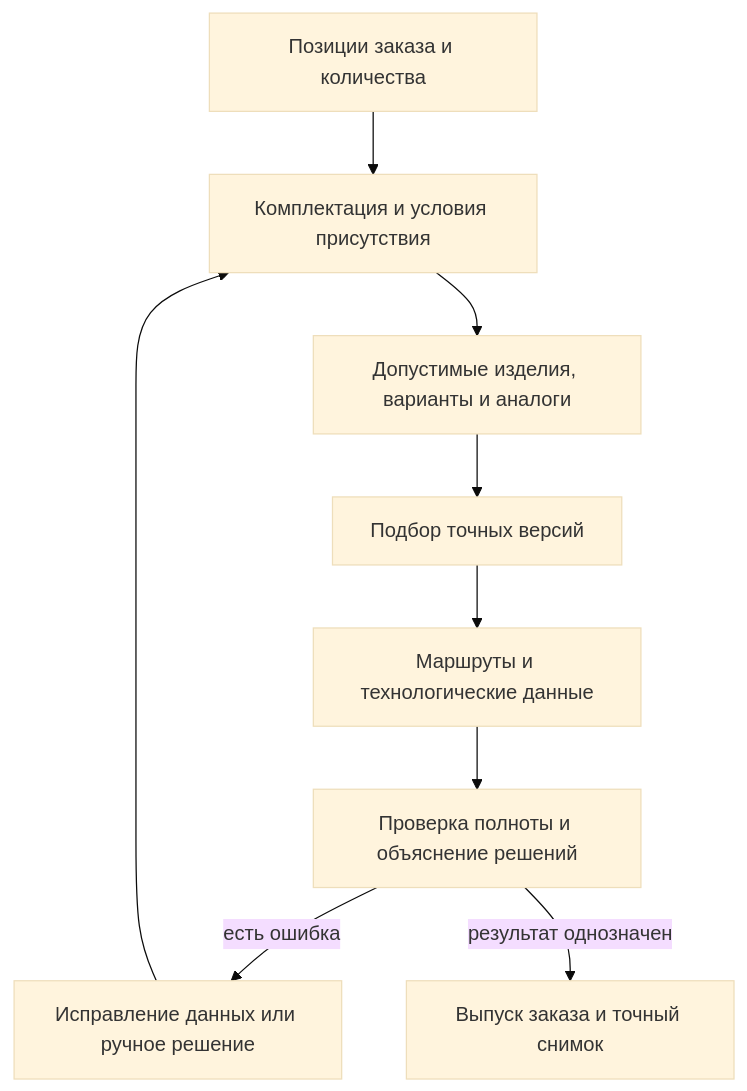
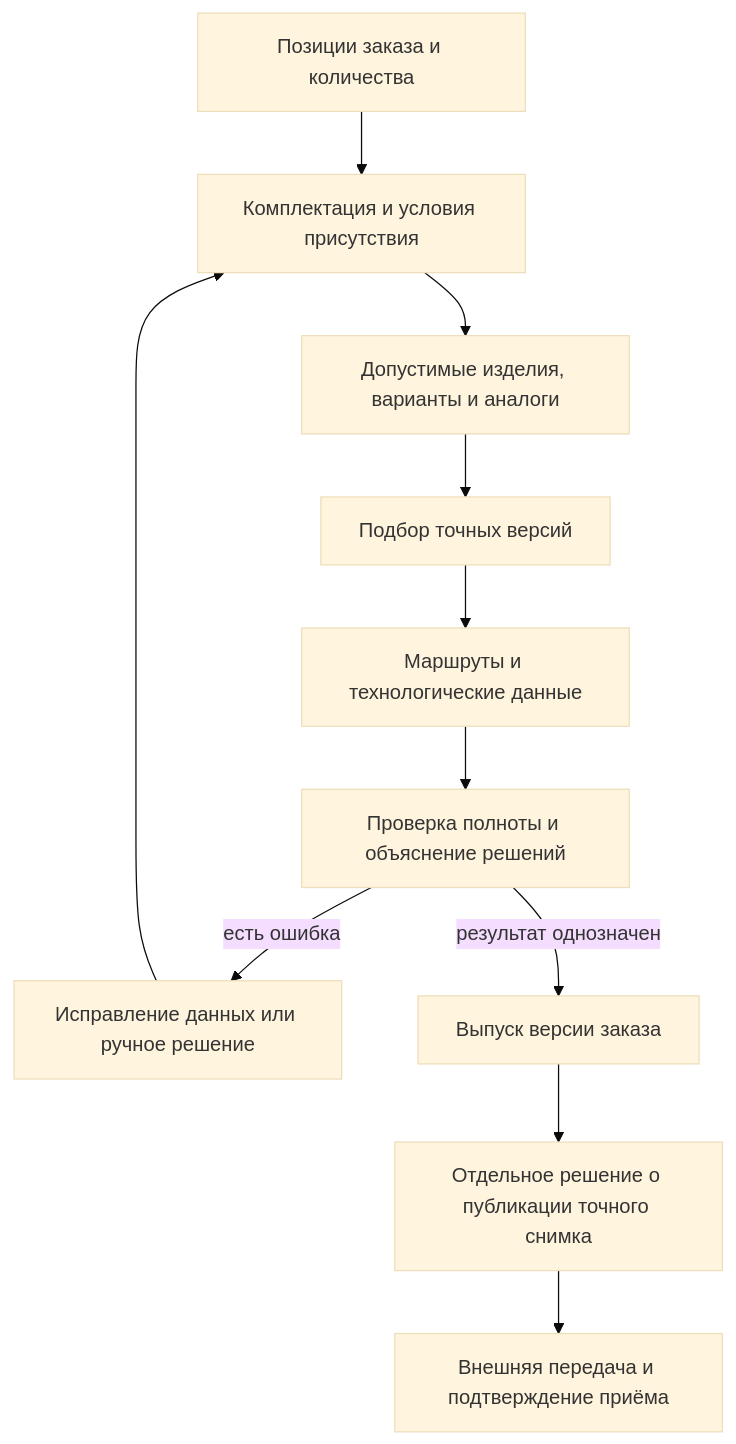
Before and after one commit to ZelAnton/Interlink-product-book: the diagram in wiki/Order-production-composition.md, drawn with Mermaid (base theme). The commit also changed other lines of this file and 67 other files, not shown here.

````diff
--- a/wiki/Order-production-composition.md
+++ b/wiki/Order-production-composition.md
@@ -9,11 +9,13 @@
 ```mermaid
 flowchart TD
     A["Позиции заказа и количества"] --> B["Комплектация и условия присутствия"]
     B --> C["Допустимые изделия, варианты и аналоги"]
     C --> D["Подбор точных версий"]
     D --> E["Маршруты и технологические данные"]
     E --> F["Проверка полноты и объяснение решений"]
     F -->|"есть ошибка"| G["Исправление данных или ручное решение"]
     G --> B
-    F -->|"результат однозначен"| H["Выпуск заказа и точный снимок"]
+    F -->|"результат однозначен"| H["Выпуск версии заказа"]
+    H --> I["Отдельное решение о публикации точного снимка"]
+    I --> J["Внешняя передача и подтверждение приёма"]
 ```
````
